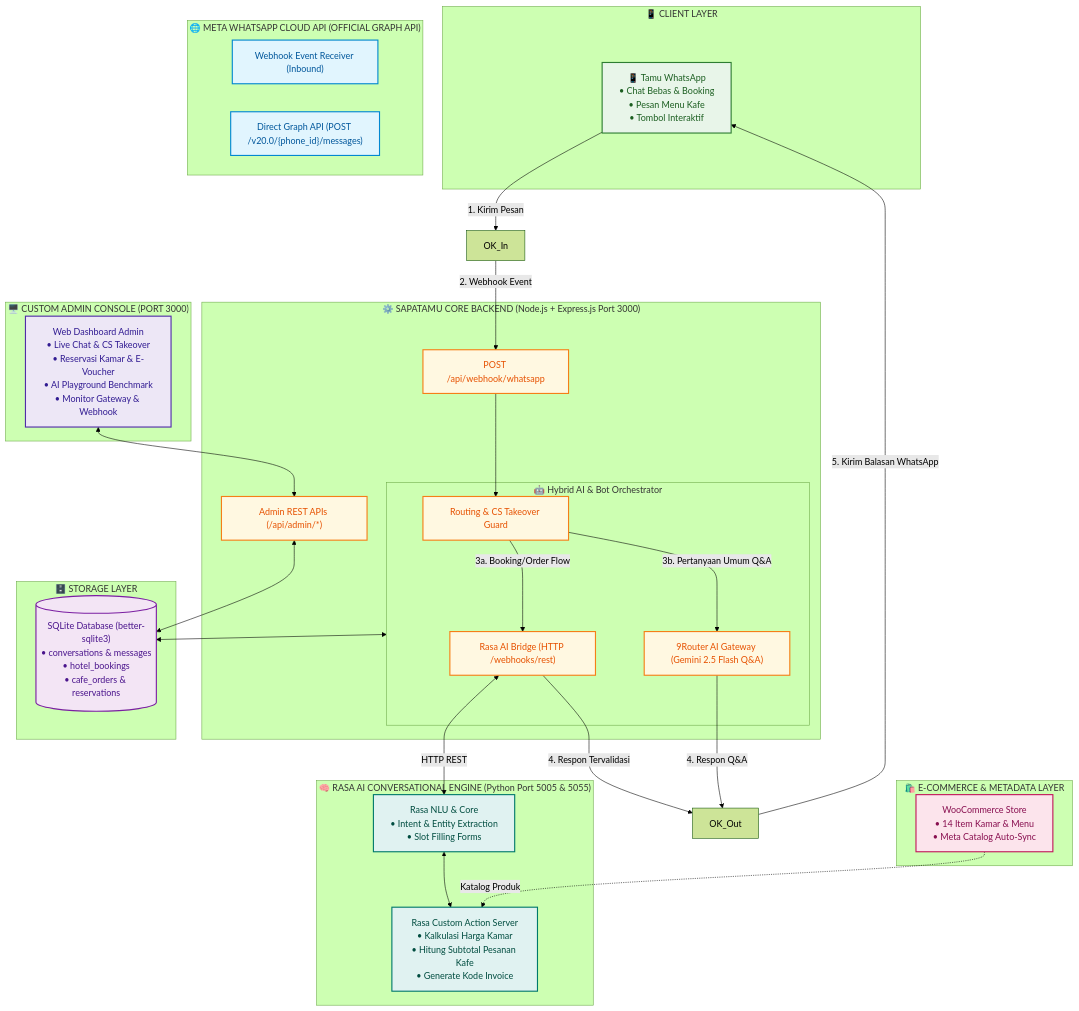
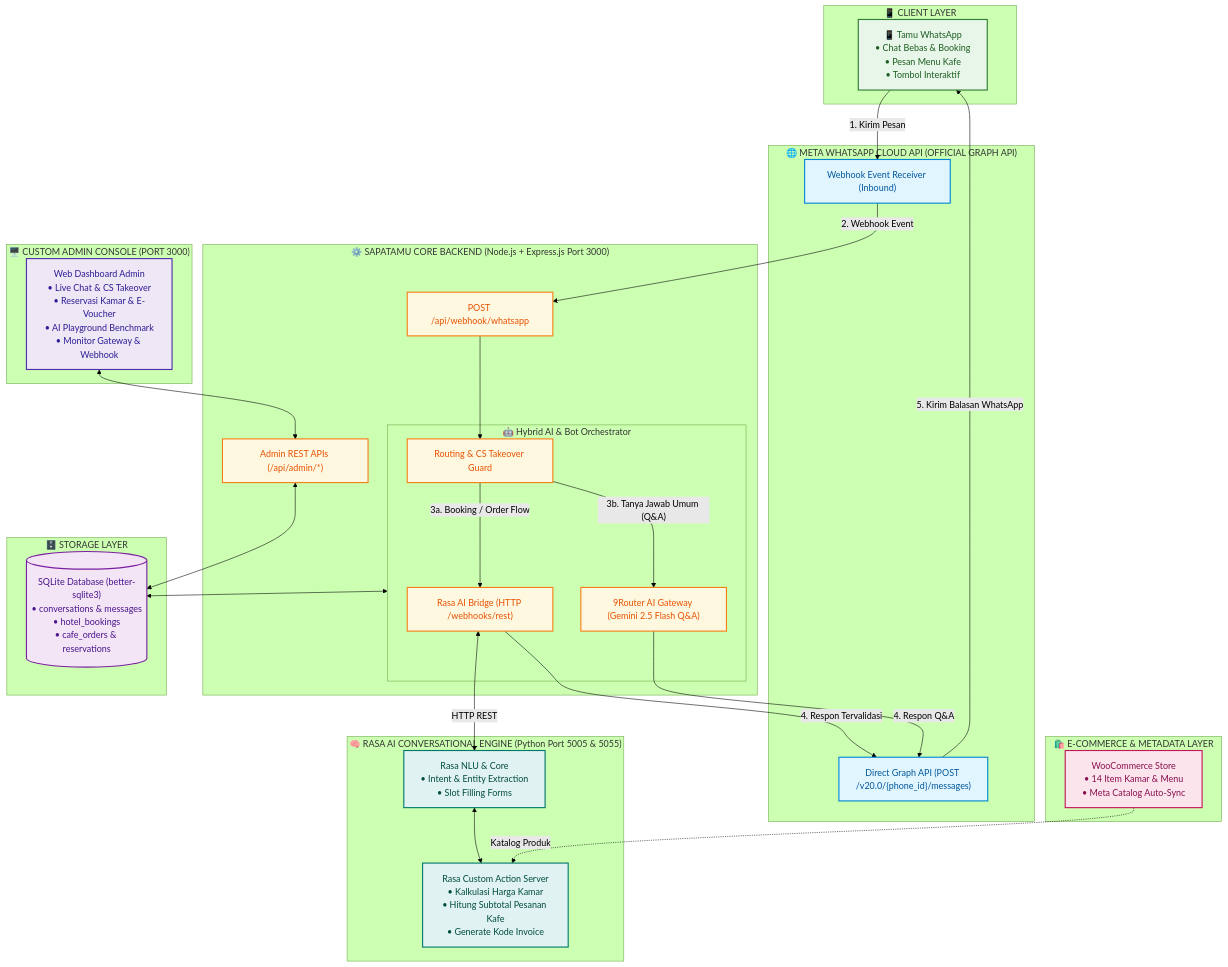
The diagram in README.md (keefalegends/SapaTamu), drawn with Mermaid (forest theme) before and after one commit. The commit also changed other lines of this file, not shown here.

Commit message:
docs: perbarui panduan setup lengkap Meta WhatsApp Cloud API, troubleshooting, dan arsitektur sistem

````diff
--- a/README.md
+++ b/README.md
@@ -8,65 +8,65 @@
 ```mermaid
 flowchart TD
     classDef clientStyle fill:#e8f5e9,stroke:#2e7d32,stroke-width:2px,color:#1b5e20;
     classDef gatewayStyle fill:#e1f5fe,stroke:#0288d1,stroke-width:2px,color:#01579b;
     classDef backendStyle fill:#fff8e1,stroke:#f57f17,stroke-width:2px,color:#e65100;
     classDef rasaStyle fill:#e0f2f1,stroke:#00796b,stroke-width:2px,color:#004d40;
     classDef dbStyle fill:#f3e5f5,stroke:#7b1fa2,stroke-width:2px,color:#4a148c;
     classDef adminStyle fill:#ede7f6,stroke:#512da8,stroke-width:2px,color:#311b92;
     classDef storeStyle fill:#fce4ec,stroke:#c2185b,stroke-width:2px,color:#880e4f;
 
     subgraph ClientLayer ["📱 CLIENT LAYER"]
         User["📱 Tamu WhatsApp\n• Chat Bebas & Booking\n• Pesan Menu Kafe\n• Tombol Interaktif"]:::clientStyle
     end
 
     subgraph GatewayLayer ["🌐 META WHATSAPP CLOUD API (OFFICIAL GRAPH API)"]
         Meta_In["Webhook Event Receiver (Inbound)"]:::gatewayStyle
         Meta_Out["Direct Graph API (POST /v20.0/{phone_id}/messages)"]:::gatewayStyle
     end
 
     subgraph BackendLayer ["⚙️ SAPATAMU CORE BACKEND (Node.js + Express.js Port 3000)"]
         Receiver["POST /api/webhook/whatsapp"]:::backendStyle
         
         subgraph Engine ["🤖 Hybrid AI & Bot Orchestrator"]
             Router["Routing & CS Takeover Guard"]:::backendStyle
             RasaBridge["Rasa AI Bridge (HTTP /webhooks/rest)"]:::backendStyle
             Gemini["9Router AI Gateway (Gemini 2.5 Flash Q&A)"]:::backendStyle
         end
 
         AdminAPI["Admin REST APIs (/api/admin/*)"]:::backendStyle
     end
 
     subgraph RasaLayer ["🧠 RASA AI CONVERSATIONAL ENGINE (Python Port 5005 & 5055)"]
         RasaCore["Rasa NLU & Core\n• Intent & Entity Extraction\n• Slot Filling Forms"]:::rasaStyle
         RasaActions["Rasa Custom Action Server\n• Kalkulasi Harga Kamar\n• Hitung Subtotal Pesanan Kafe\n• Generate Kode Invoice"]:::rasaStyle
     end
 
     subgraph StoreLayer ["🛍️ E-COMMERCE & METADATA LAYER"]
         Woo["WooCommerce Store\n• 14 Item Kamar & Menu\n• Meta Catalog Auto-Sync"]:::storeStyle
     end
 
     subgraph DBLayer ["🗄️ STORAGE LAYER"]
         DB[("SQLite Database (better-sqlite3)\n• conversations & messages\n• hotel_bookings\n• cafe_orders & reservations")]:::dbStyle
     end
 
     subgraph AdminLayer ["🖥️ CUSTOM ADMIN CONSOLE (PORT 3000)"]
         UI["Web Dashboard Admin\n• Live Chat & CS Takeover\n• Reservasi Kamar & E-Voucher\n• AI Playground Benchmark\n• Monitor Gateway & Webhook"]:::adminStyle
     end
 
-    User -->|"1. Kirim Pesan"| OK_In
-    OK_In -->|"2. Webhook Event"| Receiver
+    User -->|"1. Kirim Pesan"| Meta_In
+    Meta_In -->|"2. Webhook Event"| Receiver
     Receiver --> Router
-    Router -->|"3a. Booking/Order Flow"| RasaBridge
+    Router -->|"3a. Booking / Order Flow"| RasaBridge
     RasaBridge <-->|"HTTP REST"| RasaCore
     RasaCore <--> RasaActions
-    Router -->|"3b. Pertanyaan Umum Q&A"| Gemini
+    Router -->|"3b. Tanya Jawab Umum (Q&A)"| Gemini
     
-    RasaBridge -->|"4. Respon Tervalidasi"| OK_Out
-    Gemini -->|"4. Respon Q&A"| OK_Out
-    OK_Out -->|"5. Kirim Balasan WhatsApp"| User
+    RasaBridge -->|"4. Respon Tervalidasi"| Meta_Out
+    Gemini -->|"4. Respon Q&A"| Meta_Out
+    Meta_Out -->|"5. Kirim Balasan WhatsApp"| User
     
     Engine <--> DB
     AdminAPI <--> DB
     UI <--> AdminAPI
     Woo -.->|"Katalog Produk"| RasaActions
 ```
````
